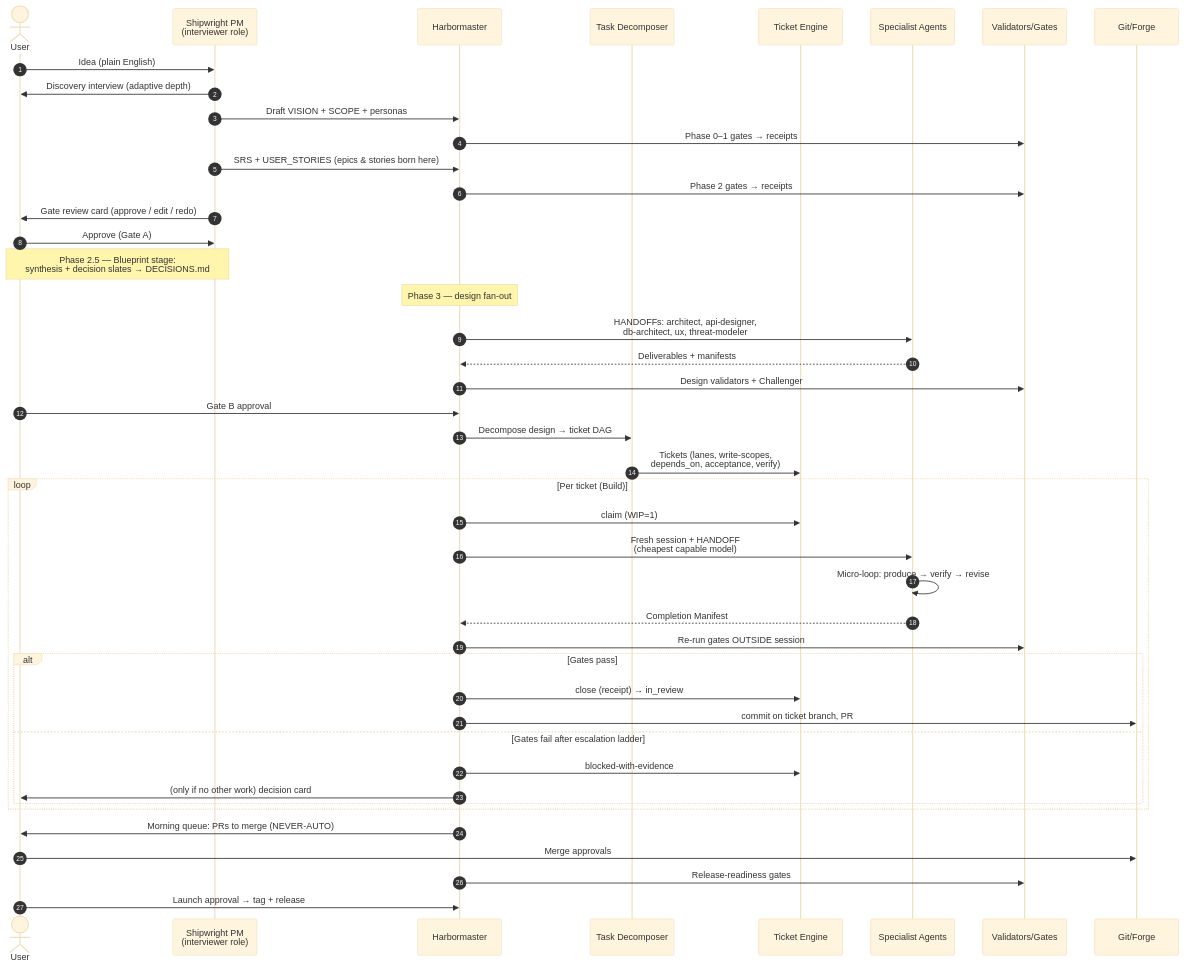
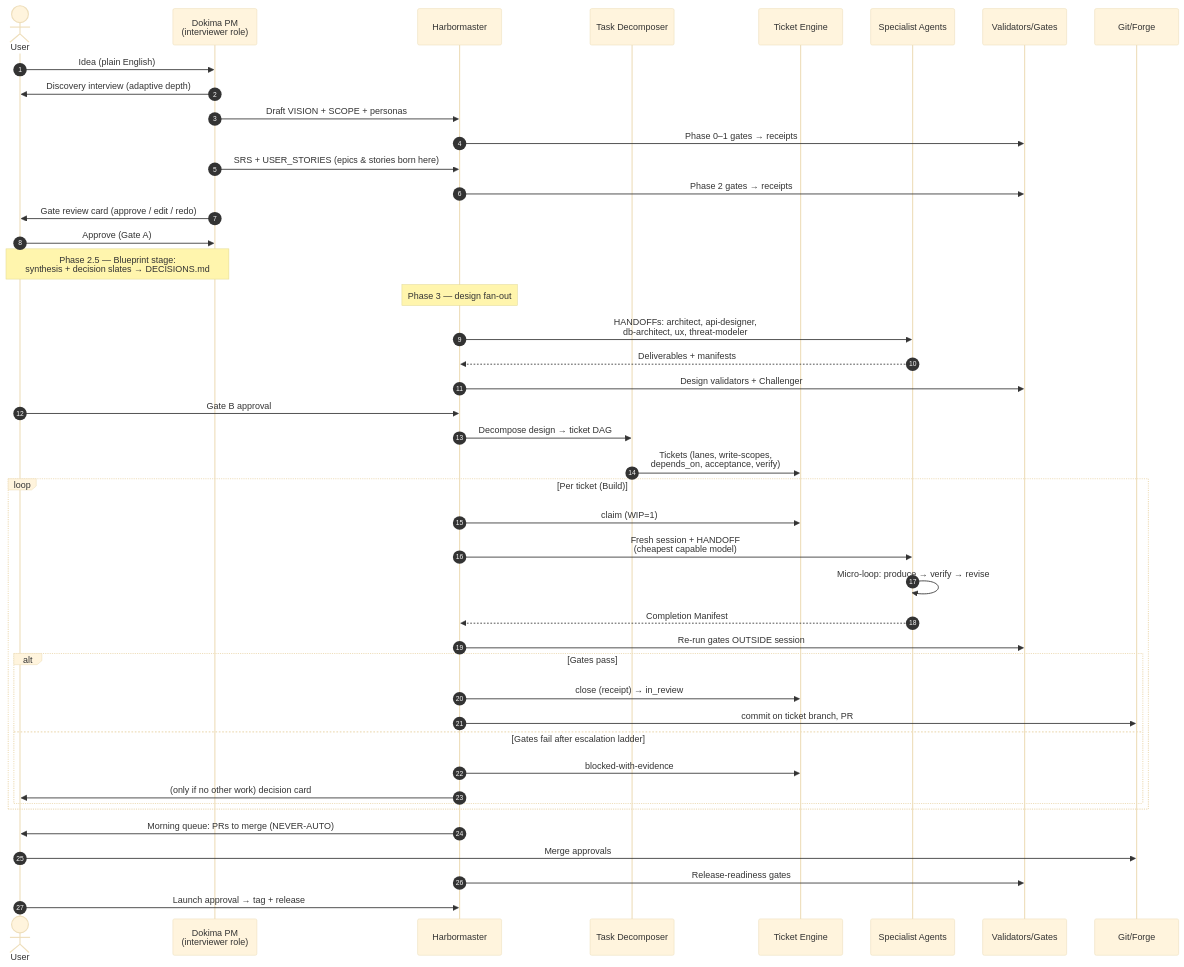
Before and after one commit to bpmforge/dokima: the second of 2 diagrams in docs/BLUEPRINT.md, drawn with Mermaid (base theme). The commit also changed other lines of this file and 566 other files, not shown here.

First line of the commit message:
rename: Shipwright -> Dokima (D-021)

````diff
--- a/docs/BLUEPRINT.md
+++ b/docs/BLUEPRINT.md
@@ -333,47 +333,47 @@
 ```mermaid
 sequenceDiagram
     autonumber
     actor U as User
-    participant PM as Shipwright PM<br/>(interviewer role)
+    participant PM as Dokima PM<br/>(interviewer role)
     participant HM as Harbormaster
     participant TD as Task Decomposer
     participant TE as Ticket Engine
     participant AG as Specialist Agents
     participant VAL as Validators/Gates
     participant GIT as Git/Forge
 
     U->>PM: Idea (plain English)
     PM->>U: Discovery interview (adaptive depth)
     PM->>HM: Draft VISION + SCOPE + personas
     HM->>VAL: Phase 0–1 gates → receipts
     PM->>HM: SRS + USER_STORIES (epics & stories born here)
     HM->>VAL: Phase 2 gates → receipts
     PM->>U: Gate review card (approve / edit / redo)
     U->>PM: Approve (Gate A)
     Note over PM,U: Phase 2.5 — Blueprint stage:<br/>synthesis + decision slates → DECISIONS.md
     Note over HM: Phase 3 — design fan-out
     HM->>AG: HANDOFFs: architect, api-designer,<br/>db-architect, ux, threat-modeler
     AG-->>HM: Deliverables + manifests
     HM->>VAL: Design validators + Challenger
     U->>HM: Gate B approval
     HM->>TD: Decompose design → ticket DAG
     TD->>TE: Tickets (lanes, write-scopes,<br/>depends_on, acceptance, verify)
     loop Per ticket (Build)
         HM->>TE: claim (WIP=1)
         HM->>AG: Fresh session + HANDOFF<br/>(cheapest capable model)
         AG->>AG: Micro-loop: produce → verify → revise
         AG-->>HM: Completion Manifest
         HM->>VAL: Re-run gates OUTSIDE session
         alt Gates pass
             HM->>TE: close (receipt) → in_review
             HM->>GIT: commit on ticket branch, PR
         else Gates fail after escalation ladder
             HM->>TE: blocked-with-evidence
             HM->>U: (only if no other work) decision card
         end
     end
     HM->>U: Morning queue: PRs to merge (NEVER-AUTO)
     U->>GIT: Merge approvals
     HM->>VAL: Release-readiness gates
     U->>HM: Launch approval → tag + release
 ```
````
